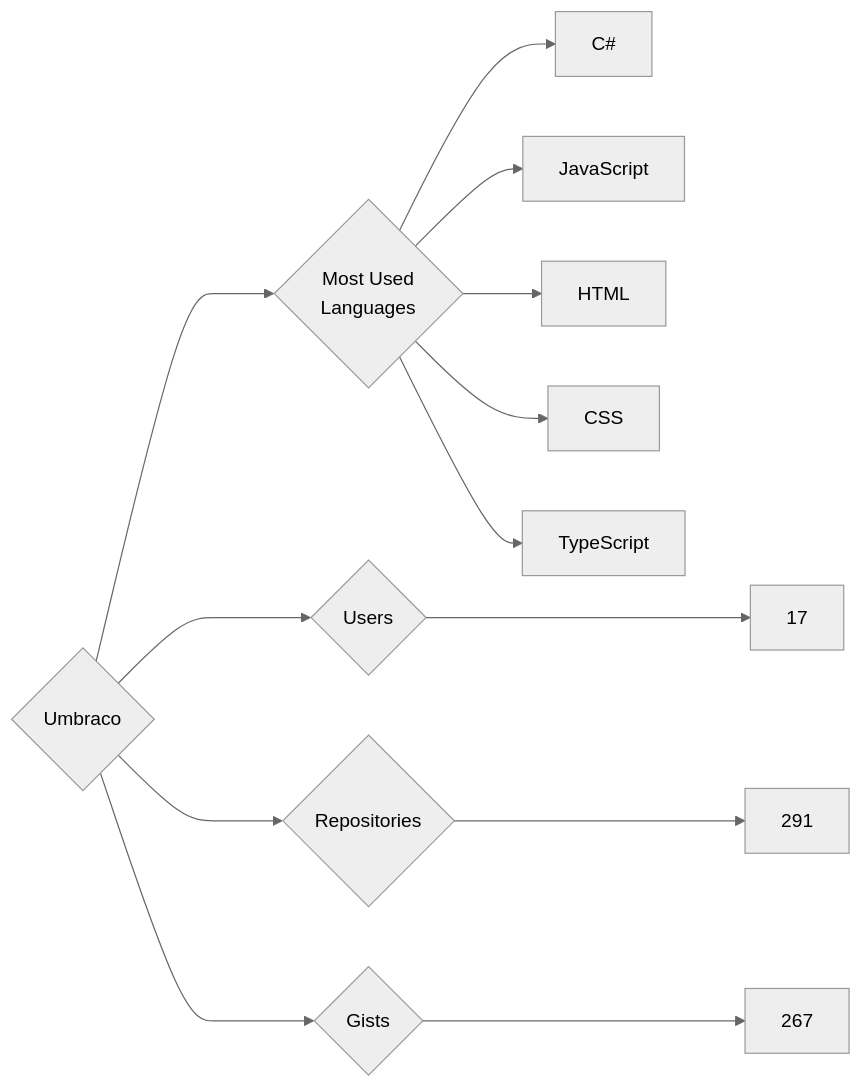
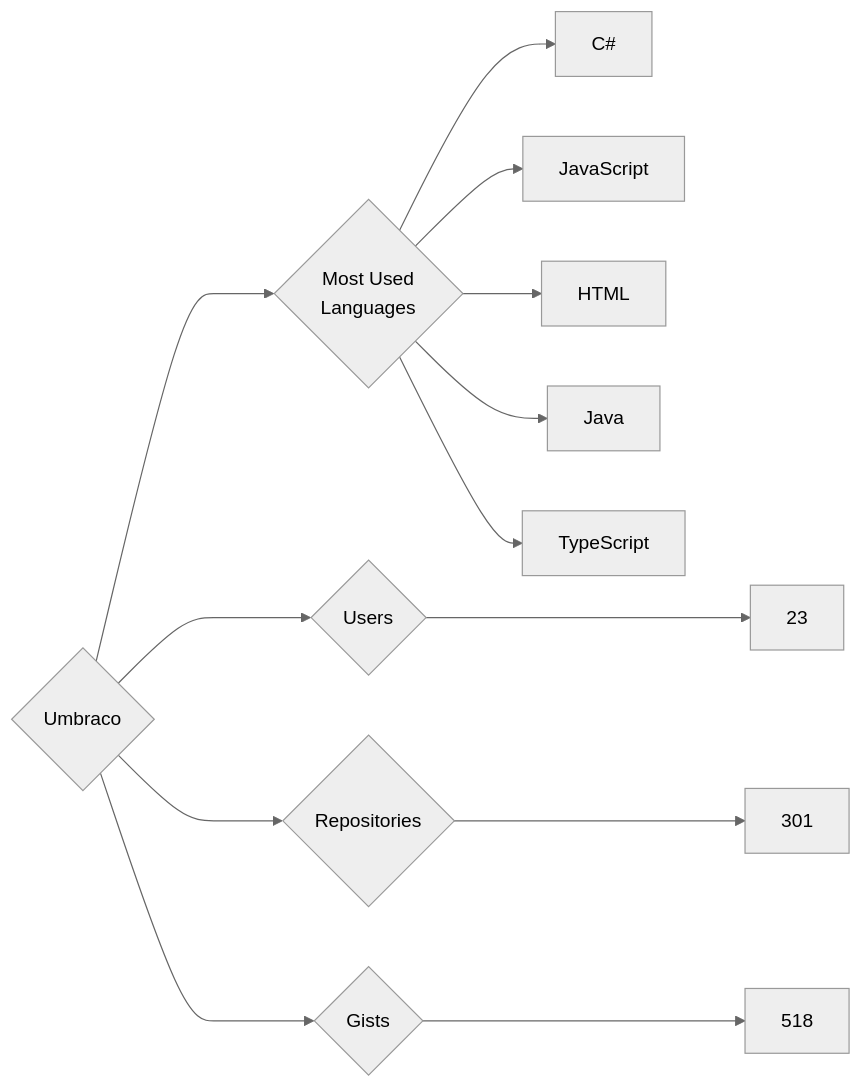
One commit to trickest/insiders changed the diagram in targets/Umbraco/README.md. Above: the diagram before and after it, drawn with Mermaid (neutral theme). The commit also changed 815 other files, not shown here.

````diff
--- a/targets/Umbraco/README.md
+++ b/targets/Umbraco/README.md
@@ -3,13 +3,13 @@
 ```mermaid
 graph LR
 COMPANY_NAME{Umbraco}
-COMPANY_NAME ---> U{Users} ---> UN[17]
-COMPANY_NAME ---> R{Repositories} ---> RN[291]
-COMPANY_NAME ---> G{Gists} ---> GN[267]
+COMPANY_NAME ---> U{Users} ---> UN[23]
+COMPANY_NAME ---> R{Repositories} ---> RN[301]
+COMPANY_NAME ---> G{Gists} ---> GN[518]
 COMPANY_NAME ---> ML{Most Used<br>Languages}
 ML --> C#[C#]
 ML --> JavaScript[JavaScript]
 ML --> HTML[HTML]
-ML --> CSS[CSS]
+ML --> Java[Java]
 ML --> TypeScript[TypeScript]
 ```
````
